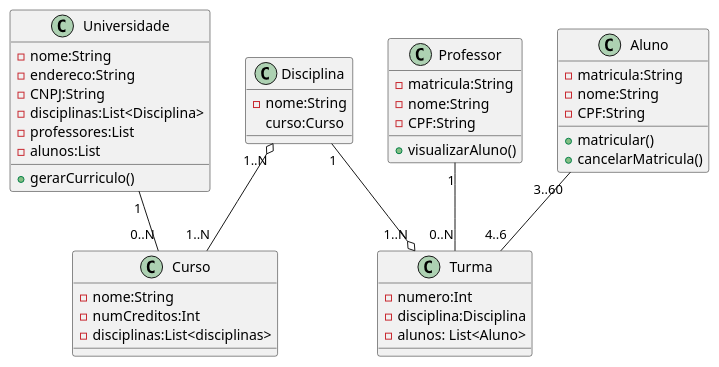
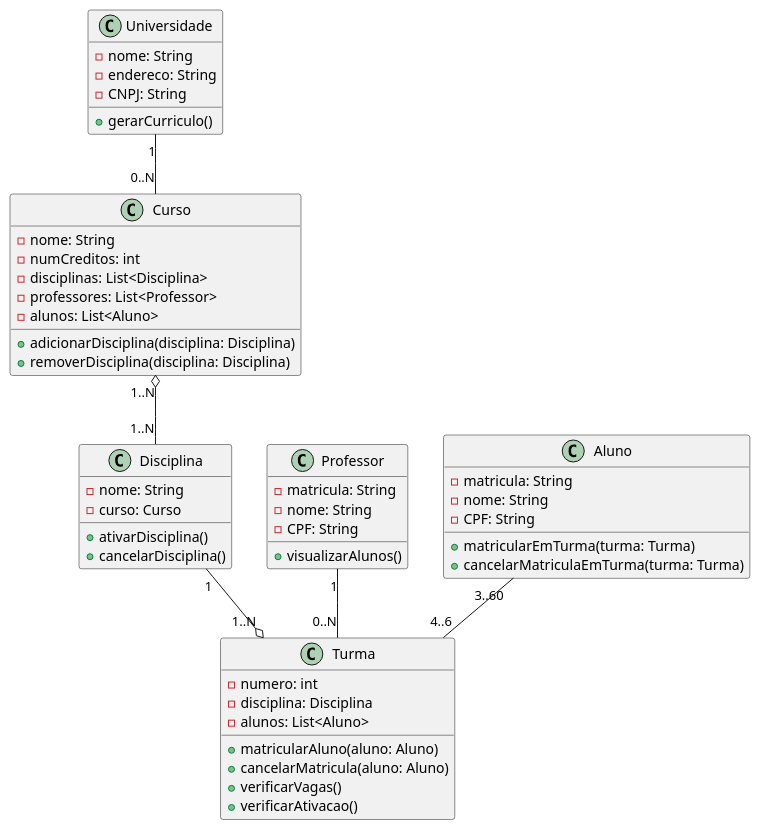
One commit to oarthurfc/LDS changed the diagram in project/code/classDiagram.puml. Above: the diagram before and after it, drawn with PlantUML. The commit also changed 1 other file, not shown here.

Commit message:
Corrigindo diagrama de classes

```diff
--- a/project/code/classDiagram.puml
+++ b/project/code/classDiagram.puml
@@ -1,48 +1,58 @@
 @startuml
 
-class Universidade
-Class Curso
-Class Disciplina
-Class Turma
-class Professor
-Class Aluno
+class Universidade {
+  -nome: String
+  -endereco: String
+  -CNPJ: String
+  +gerarCurriculo()
+}
 
+class Curso {
+  -nome: String
+  -numCreditos: int
+  -disciplinas: List<Disciplina>
+  -professores: List<Professor>
+  -alunos: List<Aluno>
+  +adicionarDisciplina(disciplina: Disciplina)
+  +removerDisciplina(disciplina: Disciplina)
+}
+
+class Disciplina {
+  -nome: String
+  -curso: Curso
+  +ativarDisciplina()
+  +cancelarDisciplina()
+}
+
+class Turma {
+  -numero: int
+  -disciplina: Disciplina
+  -alunos: List<Aluno>
+  +matricularAluno(aluno: Aluno)
+  +cancelarMatricula(aluno: Aluno)
+  +verificarVagas()
+  +verificarAtivacao()
+}
+
+class Professor {
+  -matricula: String
+  -nome: String
+  -CPF: String
+  +visualizarAlunos()
+}
+
+class Aluno {
+  -matricula: String
+  -nome: String  
+  -CPF: String 
+  +matricularEmTurma(turma: Turma)
+  +cancelarMatriculaEmTurma(turma: Turma)
+}
 
 Universidade "1" -- "0..N" Curso
-Disciplina "1..N" o-- "1..N" Curso
+Curso "1..N" o-- "1..N" Disciplina
 Disciplina "1" --o "1..N" Turma
 Professor "1" -- "0..N" Turma
 Aluno "3..60" -- "4..6" Turma
 
-Universidade : -nome:String
-Universidade : -endereco:String
-Universidade : -CNPJ:String
-Universidade : -disciplinas:List<Disciplina>
-Universidade : -professores:List
-Universidade : -alunos:List
-Universidade : +gerarCurriculo()
-
-Curso : -nome:String
-Curso : -numCreditos:Int
-Curso : -disciplinas:List<disciplinas>
-
-Disciplina : -nome:String
-Disciplina : curso:Curso
-
-Turma : -numero:Int
-Turma : -disciplina:Disciplina
-Turma : -alunos: List<Aluno>
-
-Professor : -matricula:String
-Professor : -nome:String
-Professor : -CPF:String
-Professor : +visualizarAluno()
-
-Aluno : -matricula:String
-Aluno : -nome:String  
-Aluno : -CPF:String 
-Aluno : +matricular()
-Aluno : +cancelarMatricula()
-
-
 @enduml
```
